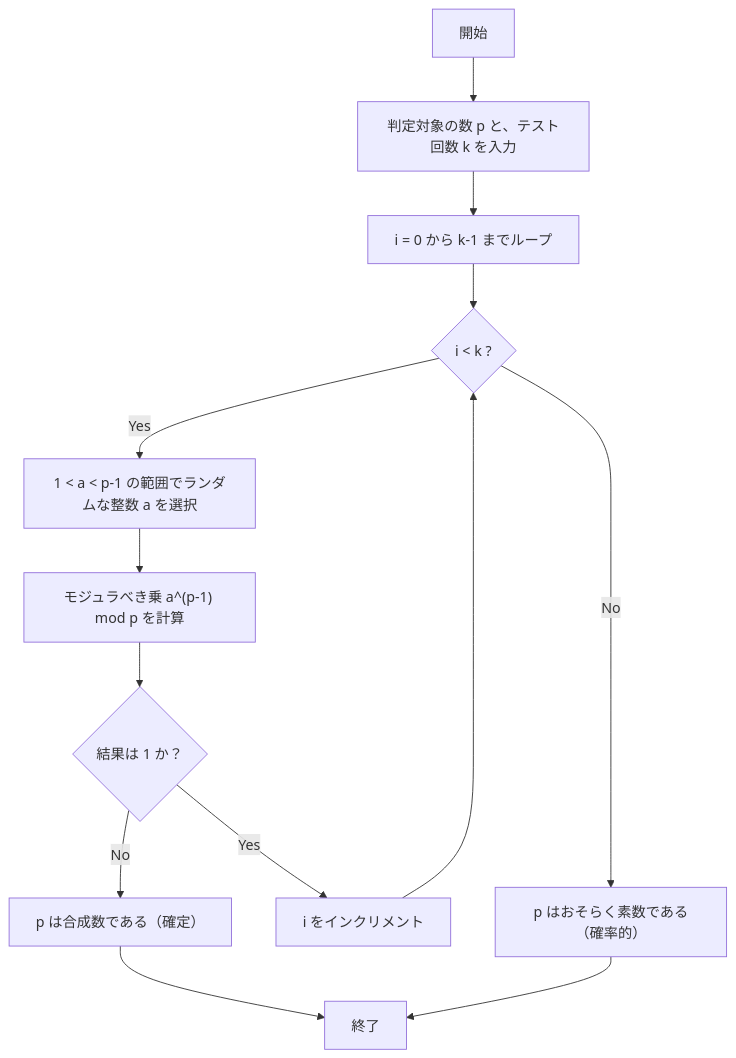
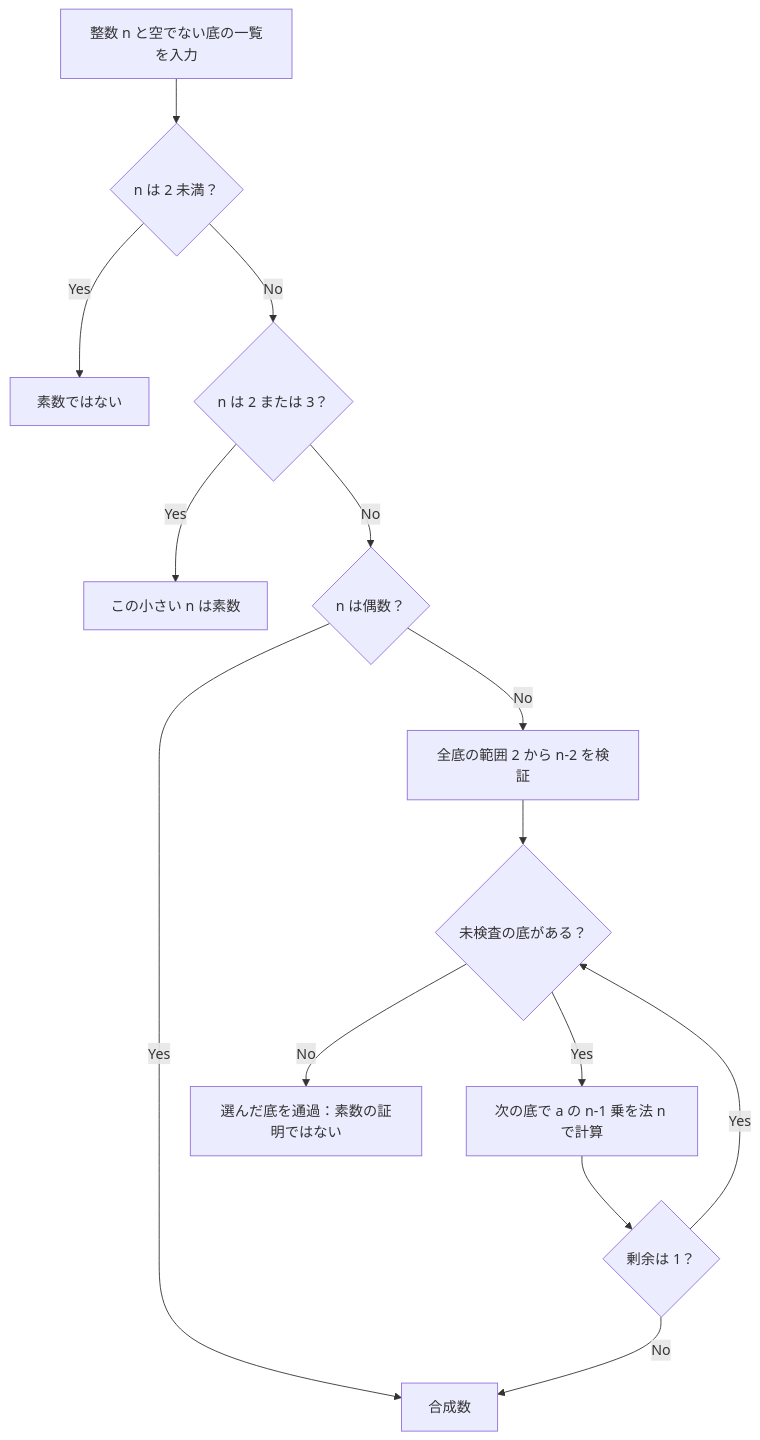
Before and after one commit to kenjinote/blog: the first of 2 diagrams in content/post/フェルマーの小定理と暗号化/index.md, drawn with Mermaid. The commit also changed other lines of this file and 8 other files, not shown here.

````diff
--- a/content/post/フェルマーの小定理と暗号化/index.md
+++ b/content/post/フェルマーの小定理と暗号化/index.md
@@ -156,15 +70,16 @@
 ```mermaid
 flowchart TD
-    Start["開始"] --> Input["判定対象の数 p と、テスト回数 k を入力"]
-    Input --> LoopStart["i = 0 から k-1 までループ"]
-    LoopStart --> Condition{"i < k ?"}
-    Condition -- Yes --> RandomA["1 < a < p-1 の範囲でランダムな整数 a を選択"]
-    RandomA --> Calc["モジュラべき乗 a^(p-1) mod p を計算"]
-    Calc --> CheckPrime{"結果は 1 か？"}
-    CheckPrime -- No --> ReturnComposite["p は合成数である（確定）"]
-    CheckPrime -- Yes --> Increment["i をインクリメント"]
-    Increment --> Condition
-    Condition -- No --> ReturnPrime["p はおそらく素数である（確率的）"]
-    ReturnComposite --> End["終了"]
-    ReturnPrime --> End
+    Input["整数 n と空でない底の一覧を入力"] --> Small{"n は 2 未満？"}
+    Small -- Yes --> NotPrime["素数ではない"]
+    Small -- No --> Tiny{"n は 2 または 3？"}
+    Tiny -- Yes --> Known["この小さい n は素数"]
+    Tiny -- No --> Even{"n は偶数？"}
+    Even -- Yes --> Composite["合成数"]
+    Even -- No --> Validate["全底の範囲 2 から n-2 を検証"]
+    Validate --> Next{"未検査の底がある？"}
+    Next -- Yes --> Power["次の底で a の n-1 乗を法 n で計算"]
+    Power --> Check{"剰余は 1？"}
+    Check -- No --> Composite
+    Check -- Yes --> Next
+    Next -- No --> Pass["選んだ底を通過：素数の証明ではない"]
 ```
````
